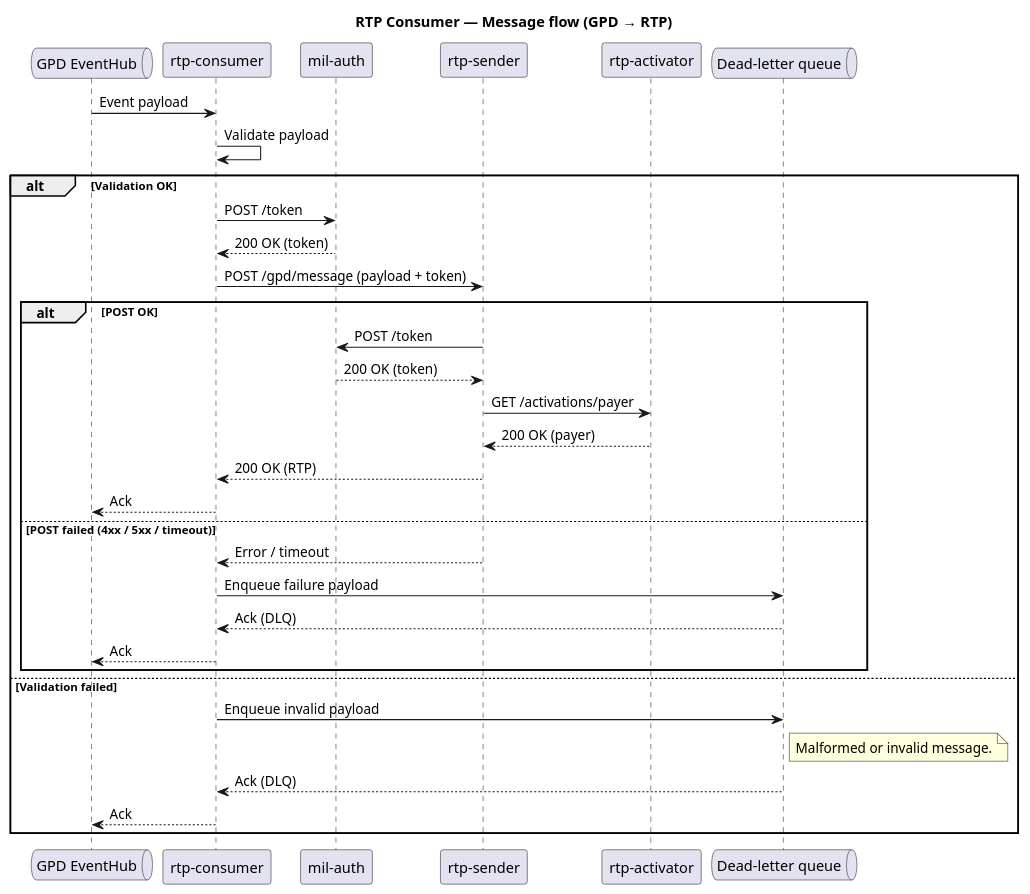
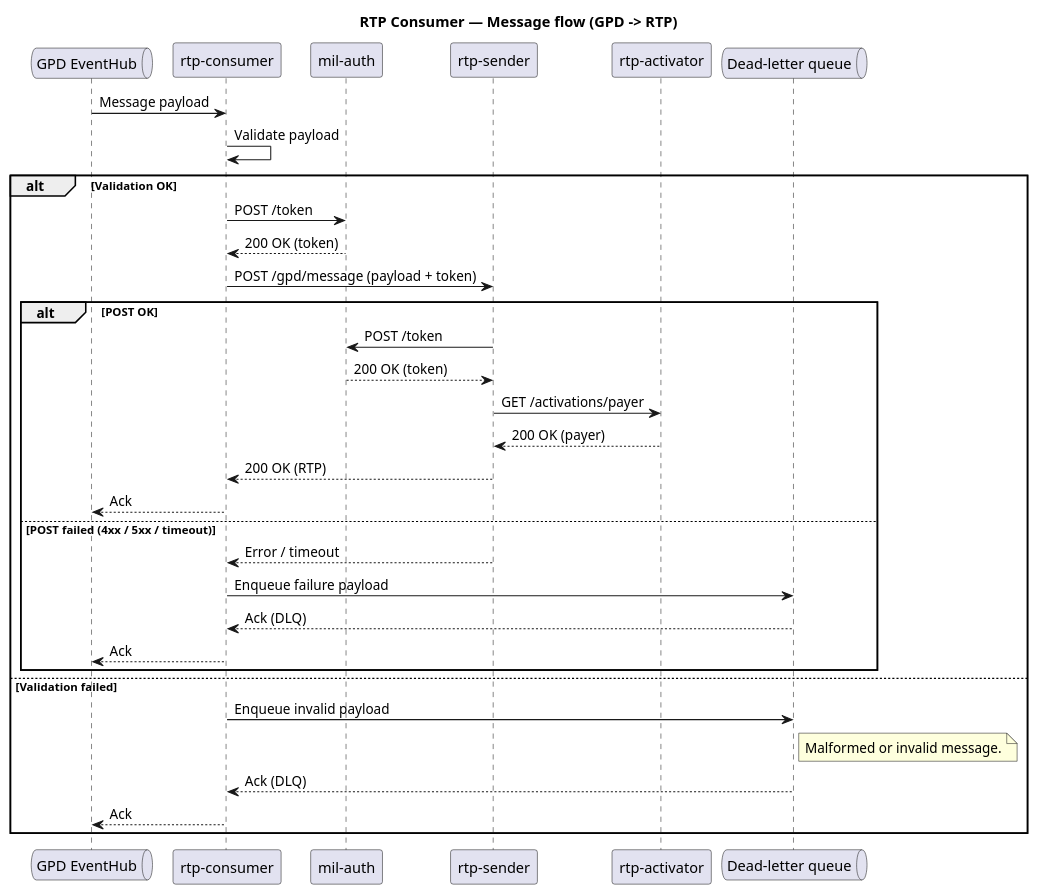
Before and after one commit to pagopa/rtp-docs: the diagram in diagrams/rtp-consumer-flow.puml, drawn with PlantUML. The commit also changed 1 other file, not shown here.

```diff
--- a/diagrams/rtp-consumer-flow.puml
+++ b/diagrams/rtp-consumer-flow.puml
@@ -1,48 +1,48 @@
 @startuml
-title RTP Consumer — Message flow (GPD → RTP)
+title RTP Consumer — Message flow (GPD -> RTP)
 
 queue "GPD EventHub" as EH
 participant "rtp-consumer" as C
 participant "mil-auth" as MA
 participant "rtp-sender" as S
 participant "rtp-activator" as A
 queue "Dead-letter queue" as DLQ
 
-EH -> C : Event payload
+EH -> C : Message payload
 C -> C : Validate payload
 
 alt Validation OK
   C -> MA : POST /token
   MA --> C : 200 OK (token)
 
   C -> S : POST /gpd/message (payload + token)
 
   alt POST OK
     S -> MA : POST /token
     MA --> S : 200 OK (token)
 
     S -> A : GET /activations/payer
     A --> S : 200 OK (payer)
 
     S --> C : 200 OK (RTP)
     C --> EH : Ack
 
   else POST failed (4xx / 5xx / timeout)
     S --> C : Error / timeout
 
     C -> DLQ : Enqueue failure payload
     DLQ --> C : Ack (DLQ)
     C --> EH : Ack
   end
 
 else Validation failed
   C -> DLQ : Enqueue invalid payload
   note right of DLQ
     Malformed or invalid message.
   end note
   DLQ --> C : Ack (DLQ)
   C --> EH : Ack
 end
 
 deactivate C
 @enduml
```
